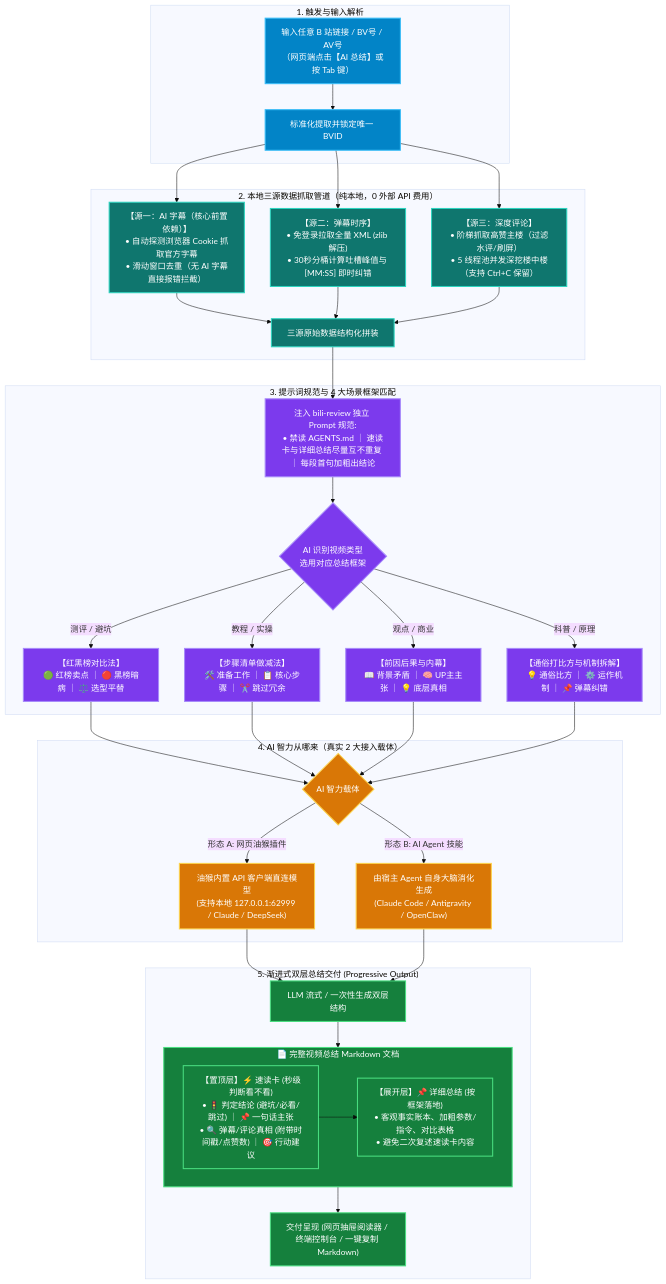
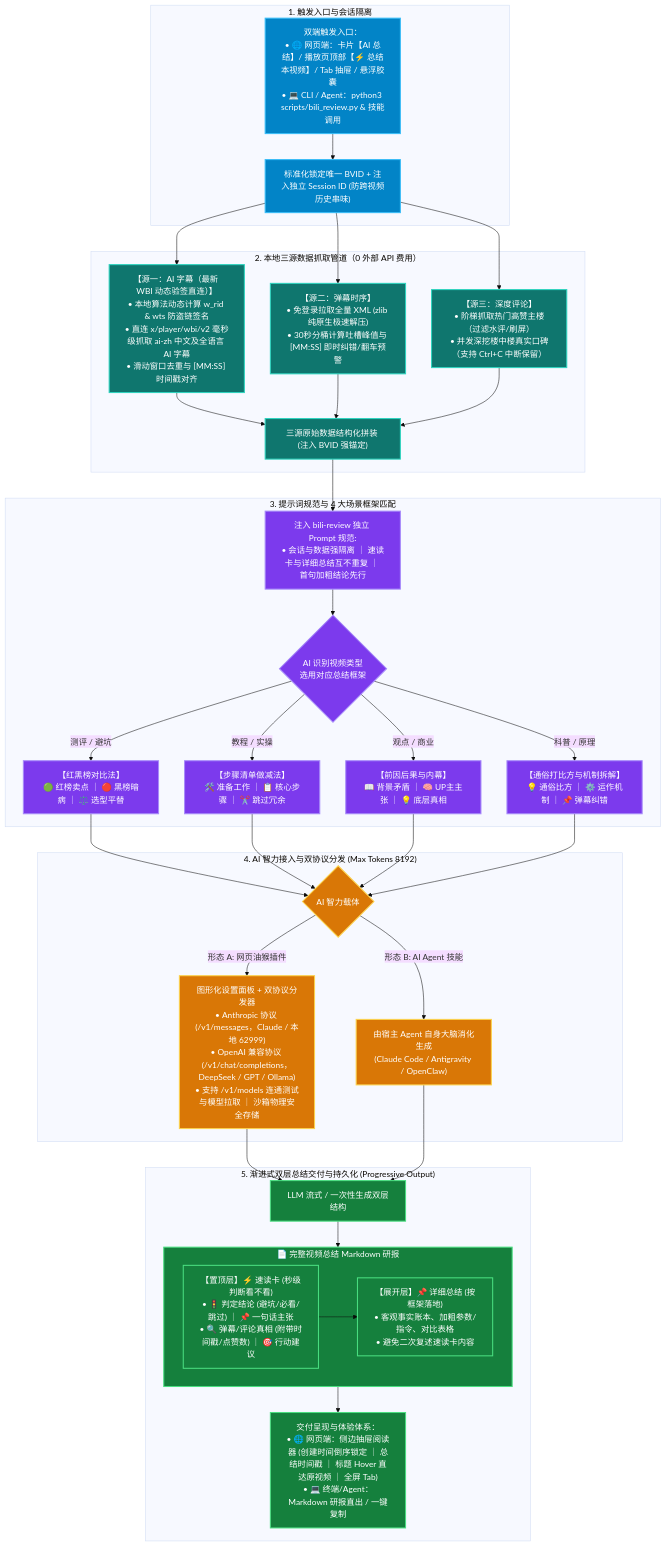
Before and after one commit to frozentearz/bili-review: the diagram in README.md, drawn with Mermaid (base theme). The commit also changed 2 other files, not shown here.

Commit message:
feat: 升级双端 WBI 动态验签字幕引擎，解决官方 AI 字幕限制并更新 README 架构图

````diff
--- a/README.md
+++ b/README.md
@@ -129,32 +129,34 @@
 ```mermaid
 flowchart TD
     %% ==========================================
-    %% 1. 输入解析
+    %% 1. 输入解析与会话隔离
     %% ==========================================
-    subgraph S1 ["1. 触发与输入解析"]
-        Input["输入任意 B 站链接 / BV号 / AV号<br/>（网页端点击【AI 总结】或按 Tab 键）"] --> ParseId["标准化提取并锁定唯一 BVID"]
+    subgraph S1 ["1. 触发入口与会话隔离"]
+        Input["双端触发入口：<br/>• 🌐 网页端：卡片【AI 总结】/ 播放页顶部【⚡ 总结本视频】/ Tab 抽屉 / 悬浮胶囊<br/>• 💻 CLI / Agent：python3 scripts/bili_review.py & 技能调用"]
+        ParseId["标准化锁定唯一 BVID + 注入独立 Session ID (防跨视频历史串味)"]
+        Input --> ParseId
     end
 
     %% ==========================================
-    %% 2. 本地三源数据抓取（0 外部 API 费用）
+    %% 2. 本地三源数据抓取（全新 WBI 验签引擎）
     %% ==========================================
-    subgraph S2 ["2. 本地三源数据抓取管道（纯本地，0 外部 API 费用）"]
-        ParseId --> PipeSub["【源一：AI 字幕（核心前置依赖）】<br/>• 自动探测浏览器 Cookie 抓取官方字幕<br/>• 滑动窗口去重（无 AI 字幕直接报错拦截）"]
+    subgraph S2 ["2. 本地三源数据抓取管道（0 外部 API 费用）"]
+        ParseId --> PipeSub["【源一：AI 字幕（最新 WBI 动态验签直连）】<br/>• 本地算法动态计算 w_rid & wts 防盗链签名<br/>• 直连 x/player/wbi/v2 毫秒级抓取 ai-zh 中文及全语言 AI 字幕<br/>• 滑动窗口去重与 [MM:SS] 时间戳对齐"]
         
-        ParseId --> PipeDan["【源二：弹幕时序】<br/>• 免登录拉取全量 XML (zlib 解压)<br/>• 30秒分桶计算吐槽峰值与 [MM:SS] 即时纠错"]
+        ParseId --> PipeDan["【源二：弹幕时序】<br/>• 免登录拉取全量 XML (zlib 纯原生极速解压)<br/>• 30秒分桶计算吐槽峰值与 [MM:SS] 即时纠错/翻车预警"]
         
-        ParseId --> PipeCom["【源三：深度评论】<br/>• 阶梯抓取高赞主楼（过滤水评/刷屏）<br/>• 5 线程池并发深挖楼中楼（支持 Ctrl+C 保留）"]
+        ParseId --> PipeCom["【源三：深度评论】<br/>• 阶梯抓取热门高赞主楼（过滤水评/刷屏）<br/>• 并发深挖楼中楼真实口碑（支持 Ctrl+C 中断保留）"]
         
-        PipeSub --> MergeData["三源原始数据结构化拼装"]
+        PipeSub --> MergeData["三源原始数据结构化拼装 (注入 BVID 强锚定)"]
         PipeDan --> MergeData
         PipeCom --> MergeData
     end
 
     %% ==========================================
-    %% 3. 提示词注入与 4 大场景框架
+    %% 3. 提示词规范与 4 大场景框架
     %% ==========================================
     subgraph S3 ["3. 提示词规范与 4 大场景框架匹配"]
-        MergeData --> PromptInjection["注入 bili-review 独立 Prompt 规范:<br/>• 禁读 AGENTS.md ｜ 速读卡与详细总结尽量互不重复 ｜ 每段首句加粗出结论"]
+        MergeData --> PromptInjection["注入 bili-review 独立 Prompt 规范:<br/>• 会话与数据强隔离 ｜ 速读卡与详细总结互不重复 ｜ 首句加粗结论先行"]
         
         PromptInjection --> Router{"AI 识别视频类型<br/>选用对应总结框架"}
         Router -- "测评 / 避坑" --> F1["【红黑榜对比法】<br/>🟢 红榜卖点 ｜ 🔴 黑榜暗病 ｜ ⚖️ 选型平替"]
@@ -164,27 +166,27 @@
     end
 
     %% ==========================================
-    %% 4. AI 智力接入与模型生成
+    %% 4. AI 智力接入与双协议分发
     %% ==========================================
-    subgraph S4 ["4. AI 智力从哪来（真实 2 大接入载体）"]
+    subgraph S4 ["4. AI 智力接入与双协议分发 (Max Tokens 8192)"]
         F1 --> AIMode
         F2 --> AIMode
         F3 --> AIMode
         F4 --> AIMode
 
         AIMode{"AI 智力载体"}
-        AIMode -- "形态 A: 网页油猴插件" --> M_Web["油猴内置 API 客户端直连模型<br/>(支持本地 127.0.0.1:62999 / Claude / DeepSeek)"]
+        AIMode -- "形态 A: 网页油猴插件" --> M_Web["图形化设置面板 + 双协议分发器<br/>• Anthropic 协议 (/v1/messages，Claude / 本地 62999)<br/>• OpenAI 兼容协议 (/v1/chat/completions，DeepSeek / GPT / Ollama)<br/>• 支持 /v1/models 连通测试与模型拉取 ｜ 沙箱物理安全存储"]
         AIMode -- "形态 B: AI Agent 技能" --> M_Agent["由宿主 Agent 自身大脑消化生成<br/>(Claude Code / Antigravity / OpenClaw)"]
     end
 
     %% ==========================================
-    %% 5. 渐进式双层总结交付
+    %% 5. 渐进式双层总结交付与持久化
     %% ==========================================
-    subgraph S5 ["5. 渐进式双层总结交付 (Progressive Output)"]
+    subgraph S5 ["5. 渐进式双层总结交付与持久化 (Progressive Output)"]
         M_Web --> LLMOut["LLM 流式 / 一次性生成双层结构"]
         M_Agent --> LLMOut
 
-        subgraph Doc ["📄 完整视频总结 Markdown 文档"]
+        subgraph Doc ["📄 完整视频总结 Markdown 研报"]
             Card["【置顶层】⚡ 速读卡 (秒级判断看不看)<br/>• 🚦 判定结论 (避坑/必看/跳过) ｜ 📌 一句话主张<br/>• 🔍 弹幕/评论真相 (附带时间戳/点赞数) ｜ 🎯 行动建议"]
             
             Detail["【展开层】📌 详细总结 (按框架落地)<br/>• 客观事实账本、加粗参数/指令、对比表格<br/>• 避免二次复述速读卡内容"]
@@ -193,10 +195,10 @@
         end
 
         LLMOut --> Doc
-        Doc --> DeliveryView["交付呈现 (网页抽屉阅读器 / 终端控制台 / 一键复制 Markdown)"]
+        Doc --> DeliveryView["交付呈现与体验体系：<br/>• 🌐 网页端：侧边抽屉阅读器 (创建时间倒序锁定 ｜ 总结时间戳 ｜ 标题 Hover 直达原视频 ｜ 全屏 Tab)<br/>• 💻 终端/Agent：Markdown 研报直出 / 一键复制"]
     end
 
-    %% 样式
+    %% 样式体系
     classDef step1 fill:#0284c7,stroke:#38bdf8,stroke-width:2px,color:#fff;
     classDef step2 fill:#0f766e,stroke:#2dd4bf,stroke-width:2px,color:#fff;
     classDef step3 fill:#7c3aed,stroke:#a78bfa,stroke-width:2px,color:#fff;
````
